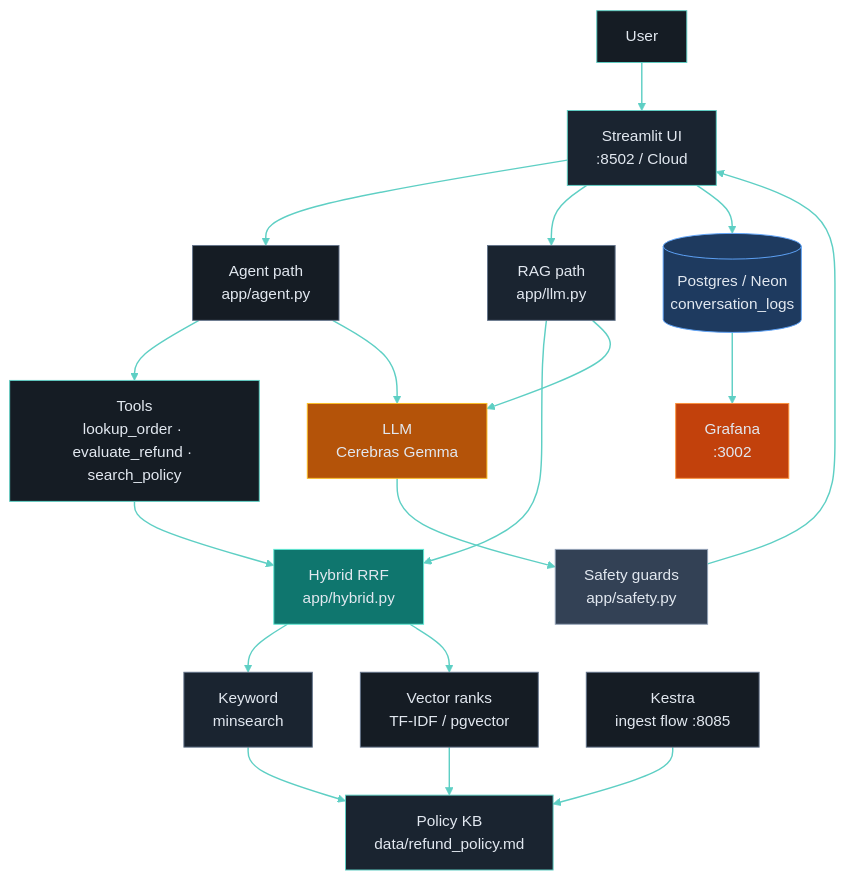
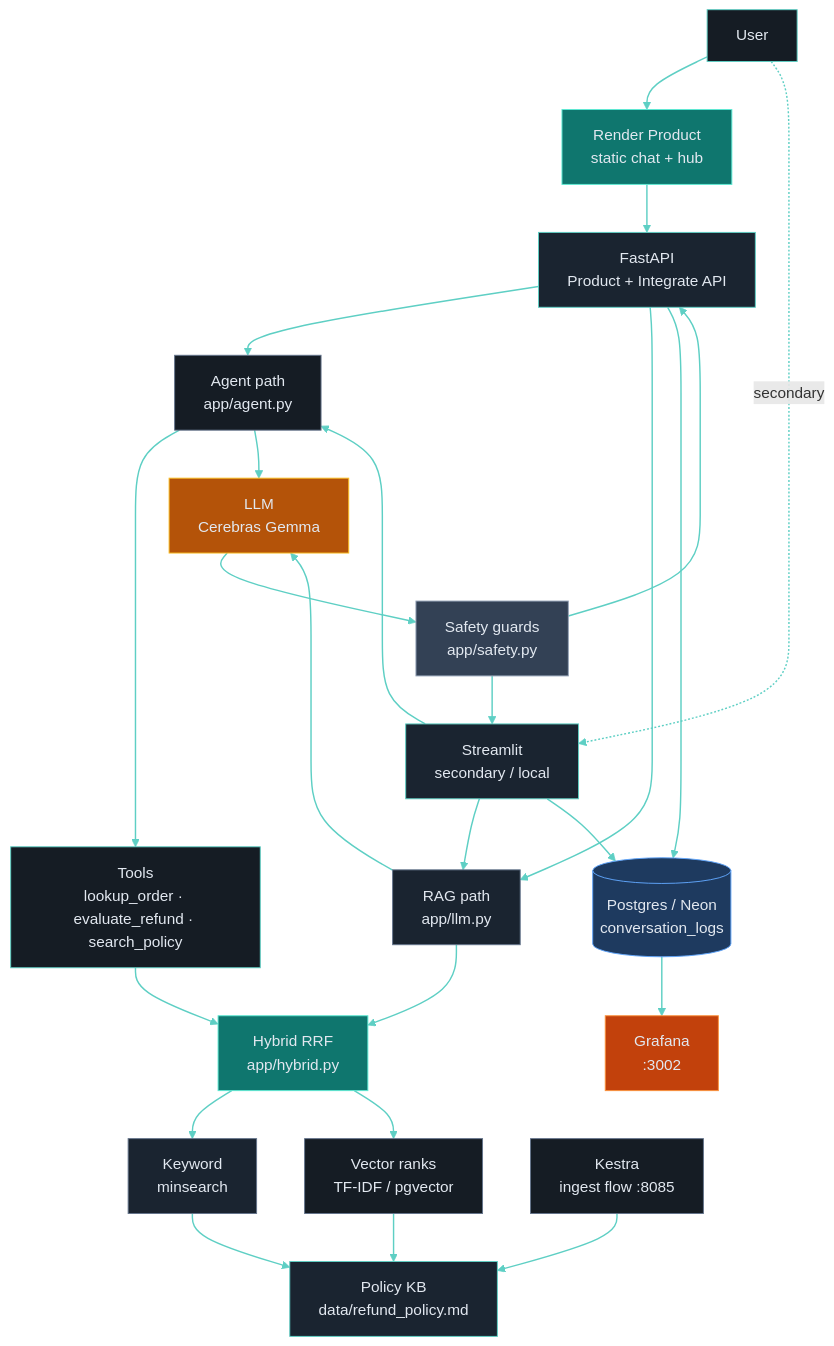
The diagram in README.md (zakard114/policy-refund-agent), drawn with Mermaid before and after one commit. The commit also changed other lines of this file and 5 other files, not shown here.

First line of the commit message:
Polish Insights, architecture docs, and retrieval-only Product mode.

````diff
--- a/README.md
+++ b/README.md
@@ -191,52 +192,62 @@
 ```mermaid
 flowchart TD
     User["User"]
-    ST["Streamlit UI<br/>:8502 / Cloud"]
+    Product["Render Product<br/>static chat + hub"]
+    API["FastAPI<br/>Product + Integrate API"]
+    ST["Streamlit<br/>secondary / local"]
     Agent["Agent path<br/>app/agent.py"]
     RAG["RAG path<br/>app/llm.py"]
     Tools["Tools<br/>lookup_order · evaluate_refund · search_policy"]
     Hybrid["Hybrid RRF<br/>app/hybrid.py"]
     KW["Keyword<br/>minsearch"]
     Vec["Vector ranks<br/>TF-IDF / pgvector"]
     Policy["Policy KB<br/>data/refund_policy.md"]
     LLM["LLM<br/>Cerebras Gemma"]
     Safety["Safety guards<br/>app/safety.py"]
     PG[("Postgres / Neon<br/>conversation_logs")]
     GF["Grafana<br/>:3002"]
     Kestra["Kestra<br/>ingest flow :8085"]
 
-    User --> ST
+    User --> Product
+    Product --> API
+    User -. secondary .-> ST
+    API --> Agent
+    API --> RAG
     ST --> Agent
     ST --> RAG
     Agent --> Tools
     Tools --> Hybrid
     RAG --> Hybrid
     Hybrid --> KW
     Hybrid --> Vec
     KW --> Policy
     Vec --> Policy
     Agent --> LLM
     RAG --> LLM
     LLM --> Safety
+    Safety --> API
     Safety --> ST
+    API --> PG
     ST --> PG
     PG --> GF
     Kestra --> Policy
 
     linkStyle default stroke:#5ecfc4,stroke-width:1.5px
 
     style User fill:#151c24,color:#e2e8f0,stroke:#5ecfc4
+    style Product fill:#0f766e,color:#e2e8f0,stroke:#5eead4
+    style API fill:#1a2430,color:#e2e8f0,stroke:#5ecfc4
     style ST fill:#1a2430,color:#e2e8f0,stroke:#5ecfc4
     style Agent fill:#151c24,color:#e2e8f0,stroke:#64748b
     style RAG fill:#1a2430,color:#e2e8f0,stroke:#64748b
     style Tools fill:#151c24,color:#e2e8f0,stroke:#5ecfc4
     style Hybrid fill:#0f766e,color:#e2e8f0,stroke:#5eead4
     style KW fill:#1a2430,color:#e2e8f0,stroke:#64748b
     style Vec fill:#151c24,color:#e2e8f0,stroke:#64748b
     style Policy fill:#1a2430,color:#e2e8f0,stroke:#5ecfc4
     style LLM fill:#b45309,color:#e2e8f0,stroke:#fbbf24
     style Safety fill:#334155,color:#e2e8f0,stroke:#94a3b8
     style PG fill:#1e3a5f,color:#e2e8f0,stroke:#60a5fa
     style GF fill:#c2410c,color:#e2e8f0,stroke:#fb923c
     style Kestra fill:#151c24,color:#e2e8f0,stroke:#64748b
 ```
````
